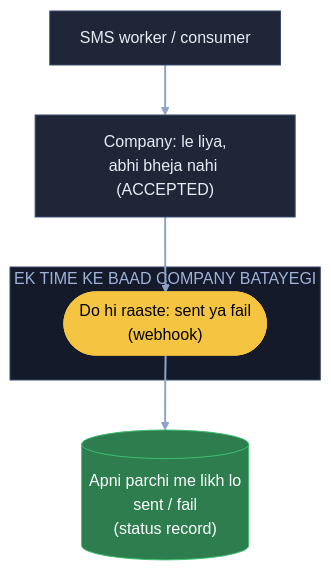
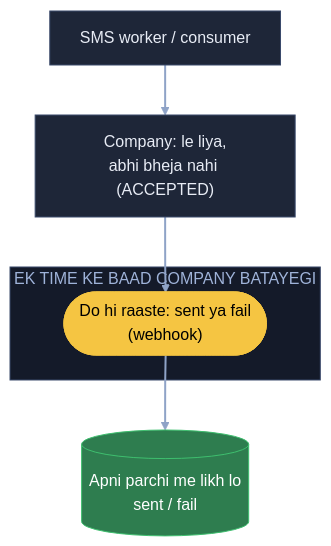
Before and after one commit to ArpanMaheshwari144/Prep: the seventh of 10 diagrams in 04_HLD/SYSTEM_DESIGNS/04_notification_system/04_notification_system.md, drawn with Mermaid. The commit also changed other lines of this file and 20 other files, not shown here.

Commit message:
Diagram: sirf hand notes wale naam rahe (66 apne joda naam hataye); README 22-Nov tak update

````diff
--- a/04_HLD/SYSTEM_DESIGNS/04_notification_system/04_notification_system.md
+++ b/04_HLD/SYSTEM_DESIGNS/04_notification_system/04_notification_system.md
@@ -331,18 +331,18 @@
 ```mermaid
 flowchart TB
     W["SMS worker / consumer"]:::card
     C["Company: le liya,<br/>abhi bheja nahi (ACCEPTED)"]:::card
     subgraph LB["EK TIME KE BAAD COMPANY BATAYEGI"]
         H(["Do hi raaste: sent ya fail<br/>(webhook)"]):::pill
     end
-    P[("Apni parchi me likh lo<br/>sent / fail<br/>(status record)")]:::good
+    P[("Apni parchi me likh lo<br/>sent / fail")]:::good
     W --> C
     C --> H
     H --> P
     linkStyle default stroke:#8fa3c7,stroke-width:2px
     classDef card fill:#1e2638,stroke:#3a4a6b,color:#e8ecf5
     classDef pill fill:#f5c542,stroke:#f5c542,color:#000
     classDef good fill:#2e7d4f,stroke:#3fbf6f,color:#fff
     classDef bad fill:#5c1f24,stroke:#e05561,color:#fff
     style LB fill:#141a29,stroke:#3a4a6b,color:#9fb3d9
 ```
````
